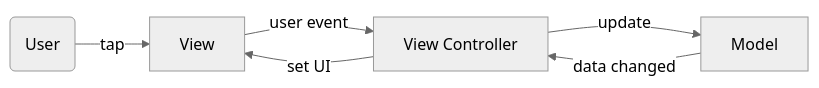
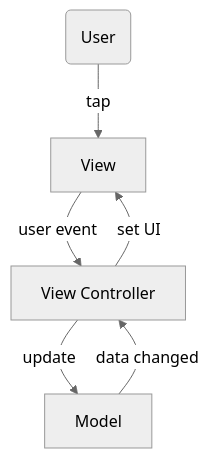
Before and after one commit to Bezugsmolluske/knowledge-base: the diagram in iOS/UI architecture patterns/MVC.md, drawn with Mermaid (neutral theme). The commit also changed other lines of this file and 19 other files, not shown here.

Commit message:
add iOS architecture patterns and swift ui info

````diff
--- a/iOS/UI architecture patterns/MVC.md
+++ b/iOS/UI architecture patterns/MVC.md
@@ -19,8 +20,8 @@
 ```mermaid
-graph LR
+graph TD
 U(User) -->|tap| V[View]
-V -->|user event| VC[View Controller] 
+V -->|user event| VC[View Controller]
 VC -->|set UI| V
 VC -->|update| M[Model]
 M -->|data changed| VC
 ```
````
